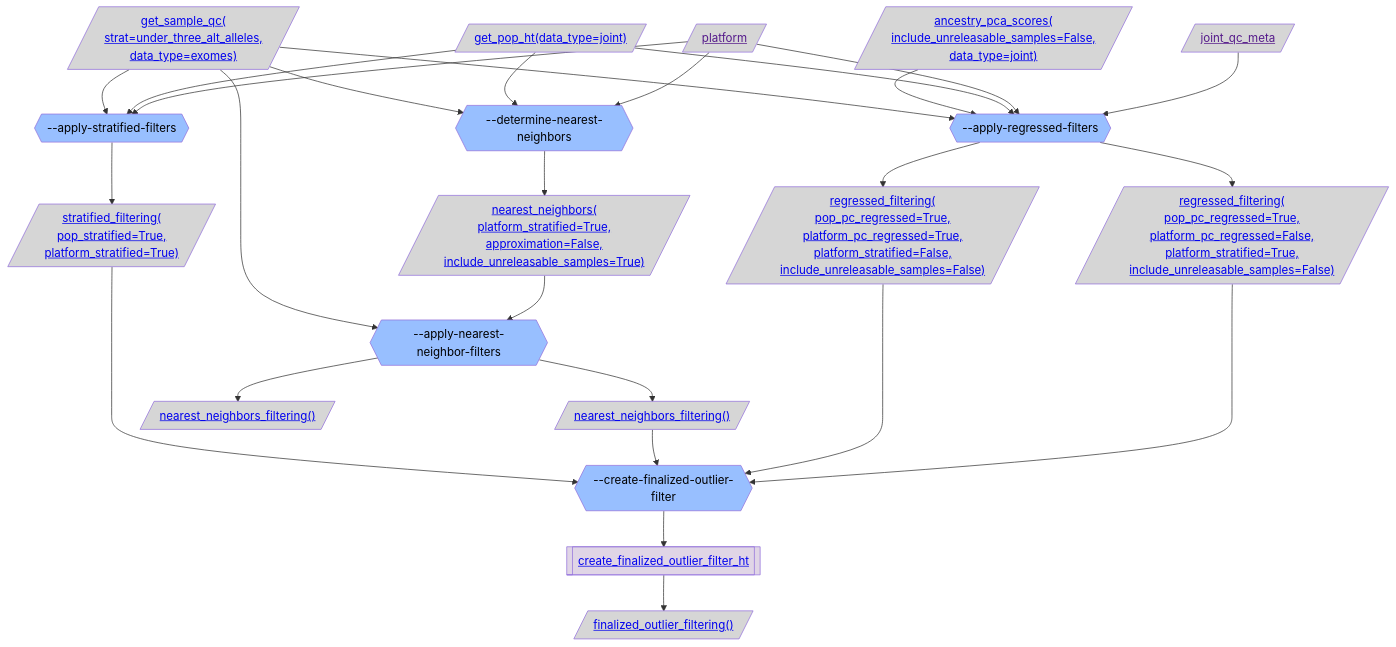
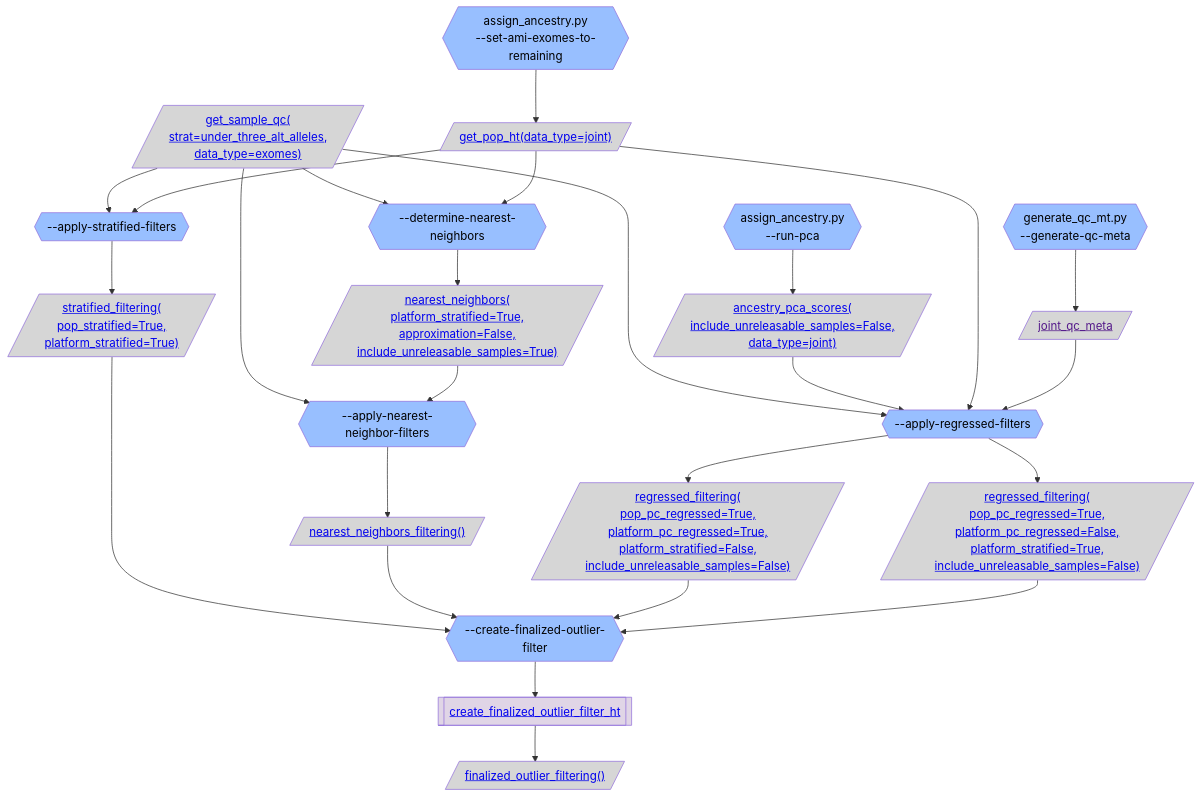
Before and after one commit to broadinstitute/gnomad_qc: the tenth of 11 diagrams in gnomad_qc/v4/sample_qc/README.md, drawn with Mermaid. The commit also changed other lines of this file and 13 other files, not shown here.

````diff
--- a/gnomad_qc/v4/sample_qc/README.md
+++ b/gnomad_qc/v4/sample_qc/README.md
@@ -338,71 +778,74 @@
 ```mermaid
 flowchart TB;
   classDef script_color fill:#2C5D4A,color:#000000
   classDef step_color fill:#98BFFF,color:#000000
   classDef func_color fill:#E0D5E6,color:#000000
   classDef gnomad_methods_color fill:#F9F2CE,color:#000000
   classDef hail_color fill:#FAEACE,color:#000000
   classDef resource_color fill:#D6D6D6,color:#000000
   classDef validity_check_color fill:#2C5D4A,color:#000000
 
   resource_get_sample_qc_strat_under_three_alt_alleles_data_type_exomes[/"<a href='https://github.com/broadinstitute/gnomad_qc/tree/main/gnomad_qc/v4/resources/sample_qc.py#L44'>get_sample_qc(
 strat=under_three_alt_alleles,
 data_type=exomes)</a>"/]:::resource_color;
   step_apply_regressed_filters{{"--apply-regressed-filters"}}:::step_color;
-  resource_ancestry_pca_scores_include_unreleasable_samples_False_data_type_joint[/"<a href='https://github.com/broadinstitute/gnomad_qc/tree/main/gnomad_qc/v4/resources/sample_qc.py#L624'>ancestry_pca_scores(
+  step_run_pca{{"assign_ancestry.py
+--run-pca"}}:::step_color;
+  resource_ancestry_pca_scores_include_unreleasable_samples_False_data_type_joint[/"<a href='https://github.com/broadinstitute/gnomad_qc/tree/main/gnomad_qc/v4/resources/sample_qc.py#L713'>ancestry_pca_scores(
 include_unreleasable_samples=False,
 data_type=joint)</a>"/]:::resource_color;
-  resource_get_pop_ht_data_type_joint[/"<a href='https://github.com/broadinstitute/gnomad_qc/tree/main/gnomad_qc/v4/resources/sample_qc.py#L698'>get_pop_ht(data_type=joint)</a>"/]:::resource_color;
-  resource_platform[/"<a href=''>platform</a>"/]:::resource_color;
+  step_set_ami_exomes_to_remaining{{"assign_ancestry.py
+--set-ami-exomes-to-remaining"}}:::step_color;
+  resource_get_pop_ht_data_type_joint[/"<a href='https://github.com/broadinstitute/gnomad_qc/tree/main/gnomad_qc/v4/resources/sample_qc.py#L787'>get_pop_ht(data_type=joint)</a>"/]:::resource_color;
+  step_generate_qc_meta{{"generate_qc_mt.py
+--generate-qc-meta"}}:::step_color;
   resource_joint_qc_meta[/"<a href=''>joint_qc_meta</a>"/]:::resource_color;
   step_apply_stratified_filters{{"--apply-stratified-filters"}}:::step_color;
-  resource_stratified_filtering_pop_stratified_True_platform_stratified_True[/"<a href='https://github.com/broadinstitute/gnomad_qc/tree/main/gnomad_qc/v4/resources/sample_qc.py#L749'>stratified_filtering(
+  resource_stratified_filtering_pop_stratified_True_platform_stratified_True[/"<a href='https://github.com/broadinstitute/gnomad_qc/tree/main/gnomad_qc/v4/resources/sample_qc.py#L838'>stratified_filtering(
 pop_stratified=True,
 platform_stratified=True)</a>"/]:::resource_color;
   step_create_finalized_outlier_filter{{"--create-finalized-outlier-filter"}}:::step_color;
   func_create_finalized_outlier_filter_ht[["<a href='https://github.com/broadinstitute/gnomad_qc/tree/main/gnomad_qc/v4/sample_qc/outlier_filtering.py#L587'>create_finalized_outlier_filter_ht</a>"]]:::func_color;
-  finalized_outlier_filtering_[/"<a href='https://github.com/broadinstitute/gnomad_qc/tree/main/gnomad_qc/v4/resources/sample_qc.py#L874'>finalized_outlier_filtering()</a>"/]:::resource_color;
+  resource_finalized_outlier_filtering[/"<a href='https://github.com/broadinstitute/gnomad_qc/tree/main/gnomad_qc/v4/resources/sample_qc.py#L963'>finalized_outlier_filtering()</a>"/]:::resource_color;
   step_apply_nearest_neighbor_filters{{"--apply-nearest-neighbor-filters"}}:::step_color;
-  resource_nearest_neighbors_filtering_[/"<a href='https://github.com/broadinstitute/gnomad_qc/tree/main/gnomad_qc/v4/resources/sample_qc.py#L856'>nearest_neighbors_filtering()</a>"/]:::resource_color;
-  resource_regressed_filtering_pop_pc_regressed_True_platform_pc_regressed_True_platform_stratified_False_include_unreleasable_samples_False[/"<a href='https://github.com/broadinstitute/gnomad_qc/tree/main/gnomad_qc/v4/resources/sample_qc.py#L780'>regressed_filtering(
+  resource_nearest_neighbors_filtering[/"<a href='https://github.com/broadinstitute/gnomad_qc/tree/main/gnomad_qc/v4/resources/sample_qc.py#L945'>nearest_neighbors_filtering()</a>"/]:::resource_color;
+  resource_regressed_filtering_pop_pc_regressed_True_platform_pc_regressed_True_platform_stratified_False_include_unreleasable_samples_False[/"<a href='https://github.com/broadinstitute/gnomad_qc/tree/main/gnomad_qc/v4/resources/sample_qc.py#L869'>regressed_filtering(
 pop_pc_regressed=True,
 platform_pc_regressed=True,
 platform_stratified=False,
 include_unreleasable_samples=False)</a>"/]:::resource_color;
-  resource_regressed_filtering_pop_pc_regressed_True_platform_pc_regressed_False_platform_stratified_True_include_unreleasable_samples_False[/"<a href='https://github.com/broadinstitute/gnomad_qc/tree/main/gnomad_qc/v4/resources/sample_qc.py#L780'>regressed_filtering(
+  resource_regressed_filtering_pop_pc_regressed_True_platform_pc_regressed_False_platform_stratified_True_include_unreleasable_samples_False[/"<a href='https://github.com/broadinstitute/gnomad_qc/tree/main/gnomad_qc/v4/resources/sample_qc.py#L869'>regressed_filtering(
 pop_pc_regressed=True,
 platform_pc_regressed=False,
 platform_stratified=True,
 include_unreleasable_samples=False)</a>"/]:::resource_color;
   step_determine_nearest_neighbors{{"--determine-nearest-neighbors"}}:::step_color;
-  nearest_neighbors_filtering_[/"<a href='https://github.com/broadinstitute/gnomad_qc/tree/main/gnomad_qc/v4/resources/sample_qc.py#L856'>nearest_neighbors_filtering()</a>"/]:::resource_color;
-  resource_nearest_neighbors_platform_stratified_True_approximation_False_include_unreleasable_samples_True[/"<a href='https://github.com/broadinstitute/gnomad_qc/tree/main/gnomad_qc/v4/resources/sample_qc.py#L820'>nearest_neighbors(
+  resource_nearest_neighbors_platform_stratified_True_approximation_False_include_unreleasable_samples_True[/"<a href='https://github.com/broadinstitute/gnomad_qc/tree/main/gnomad_qc/v4/resources/sample_qc.py#L909'>nearest_neighbors(
 platform_stratified=True,
 approximation=False,
 include_unreleasable_samples=True)</a>"/]:::resource_color;
   resource_get_sample_qc_strat_under_three_alt_alleles_data_type_exomes --> step_apply_regressed_filters;
+  step_run_pca --> resource_ancestry_pca_scores_include_unreleasable_samples_False_data_type_joint;
   resource_ancestry_pca_scores_include_unreleasable_samples_False_data_type_joint --> step_apply_regressed_filters;
+  step_set_ami_exomes_to_remaining --> resource_get_pop_ht_data_type_joint;
   resource_get_pop_ht_data_type_joint --> step_apply_regressed_filters;
-  resource_platform --> step_apply_regressed_filters;
+  step_generate_qc_meta --> resource_joint_qc_meta;
   resource_joint_qc_meta --> step_apply_regressed_filters;
   step_apply_stratified_filters --> resource_stratified_filtering_pop_stratified_True_platform_stratified_True;
   resource_stratified_filtering_pop_stratified_True_platform_stratified_True --> step_create_finalized_outlier_filter;
   step_create_finalized_outlier_filter --> func_create_finalized_outlier_filter_ht;
-  func_create_finalized_outlier_filter_ht --> finalized_outlier_filtering_;
-  step_apply_nearest_neighbor_filters --> resource_nearest_neighbors_filtering_;
-  resource_nearest_neighbors_filtering_ --> step_create_finalized_outlier_filter;
+  func_create_finalized_outlier_filter_ht --> resource_finalized_outlier_filtering;
+  step_apply_nearest_neighbor_filters --> resource_nearest_neighbors_filtering;
+  resource_nearest_neighbors_filtering --> step_create_finalized_outlier_filter;
   step_apply_regressed_filters --> resource_regressed_filtering_pop_pc_regressed_True_platform_pc_regressed_True_platform_stratified_False_include_unreleasable_samples_False;
   resource_regressed_filtering_pop_pc_regressed_True_platform_pc_regressed_True_platform_stratified_False_include_unreleasable_samples_False --> step_create_finalized_outlier_filter;
   step_apply_regressed_filters --> resource_regressed_filtering_pop_pc_regressed_True_platform_pc_regressed_False_platform_stratified_True_include_unreleasable_samples_False;
   resource_regressed_filtering_pop_pc_regressed_True_platform_pc_regressed_False_platform_stratified_True_include_unreleasable_samples_False --> step_create_finalized_outlier_filter;
   resource_get_sample_qc_strat_under_three_alt_alleles_data_type_exomes --> step_apply_stratified_filters;
   resource_get_pop_ht_data_type_joint --> step_apply_stratified_filters;
-  resource_platform --> step_apply_stratified_filters;
   resource_get_sample_qc_strat_under_three_alt_alleles_data_type_exomes --> step_determine_nearest_neighbors;
   resource_get_pop_ht_data_type_joint --> step_determine_nearest_neighbors;
-  resource_platform --> step_determine_nearest_neighbors;
   resource_get_sample_qc_strat_under_three_alt_alleles_data_type_exomes --> step_apply_nearest_neighbor_filters;
-  step_apply_nearest_neighbor_filters --> nearest_neighbors_filtering_;
   step_determine_nearest_neighbors --> resource_nearest_neighbors_platform_stratified_True_approximation_False_include_unreleasable_samples_True;
   resource_nearest_neighbors_platform_stratified_True_approximation_False_include_unreleasable_samples_True --> step_apply_nearest_neighbor_filters;
 ```
````
